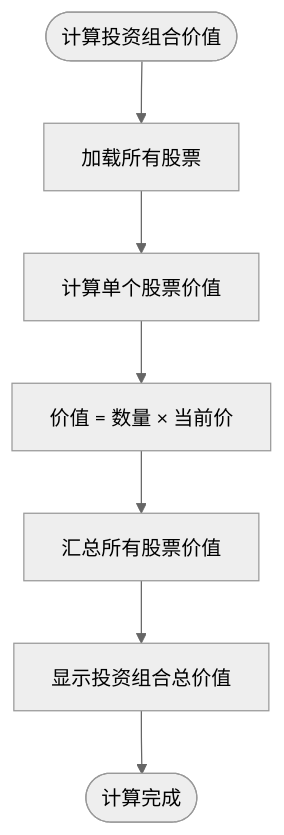
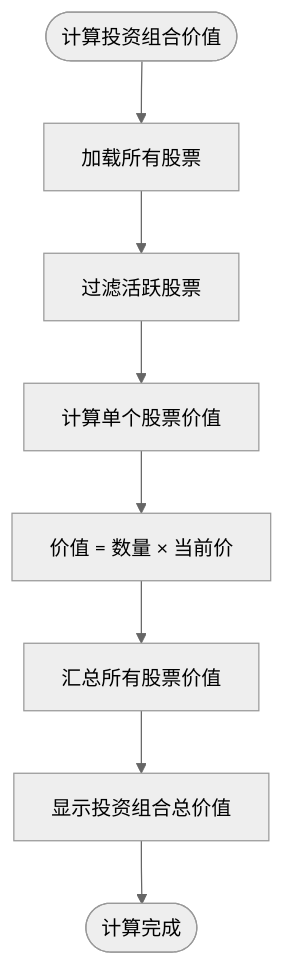
One commit to xiao-lin-unit/yuan changed the tenth of 11 diagrams in .qoder/repowiki/zh/content/资产管理/股票管理.md. Above: the diagram before and after it, drawn with Mermaid (neutral theme). The commit also changed other lines of this file and 37 other files, not shown here.

````diff
--- a/.qoder/repowiki/zh/content/资产管理/股票管理.md
+++ b/.qoder/repowiki/zh/content/资产管理/股票管理.md
@@ -378,9 +510,10 @@
 ```mermaid
 flowchart TD
 Start([计算投资组合价值]) --> LoadStocks["加载所有股票"]
-LoadStocks --> CalculateValue["计算单个股票价值"]
+LoadStocks --> FilterActive["过滤活跃股票"]
+FilterActive --> CalculateValue["计算单个股票价值"]
 CalculateValue --> ValueFormula["价值 = 数量 × 当前价"]
 ValueFormula --> SumTotal["汇总所有股票价值"]
 SumTotal --> Display["显示投资组合总价值"]
 Display --> End([计算完成])
 ```
````
